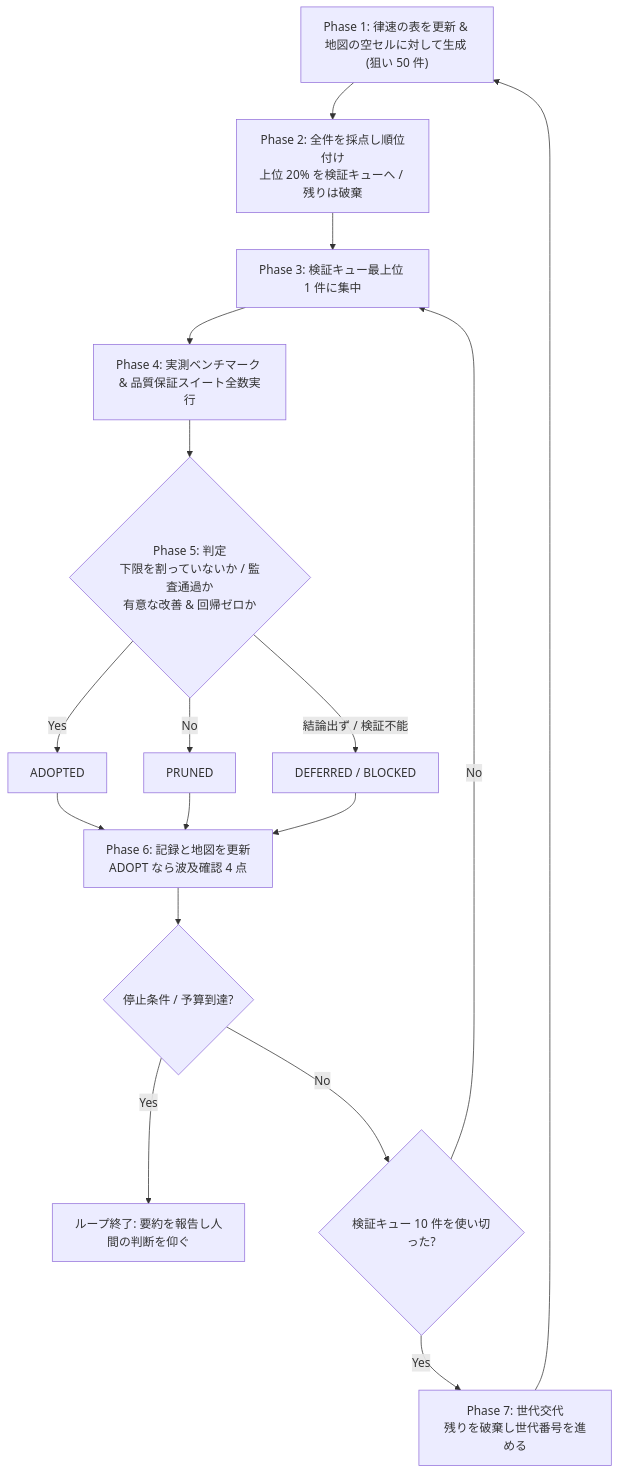
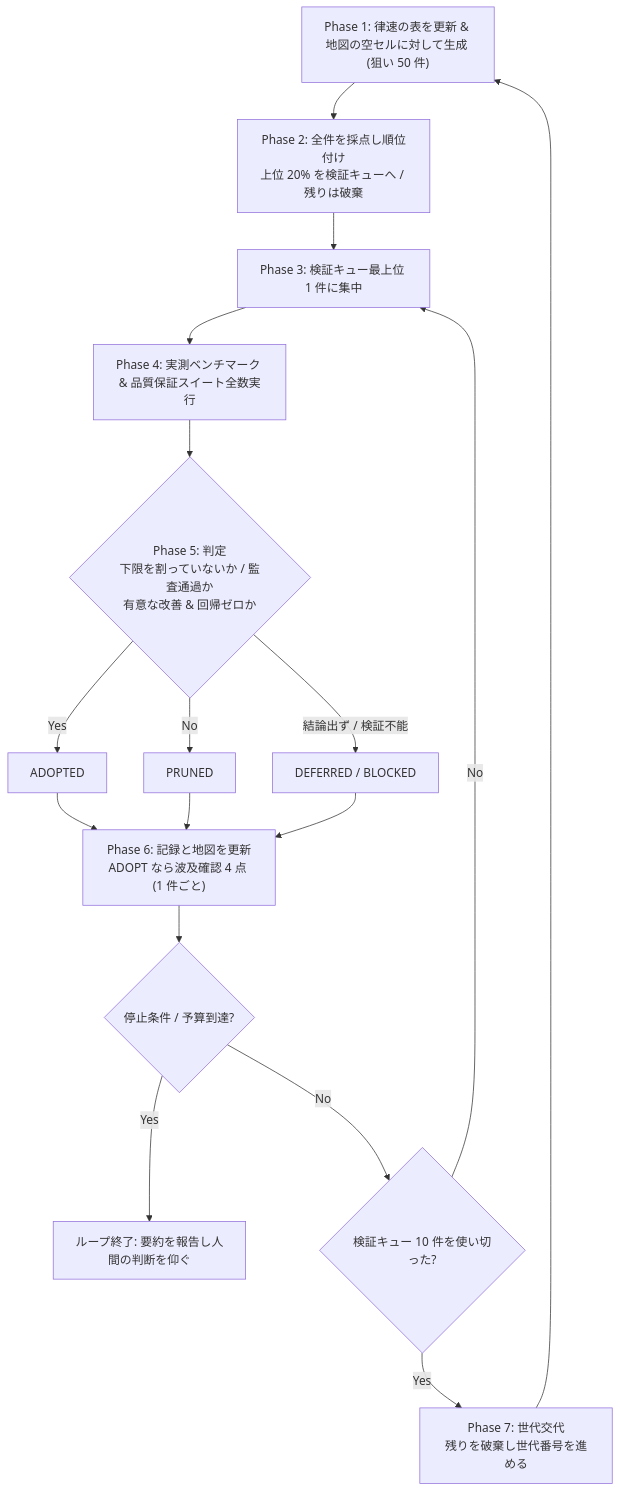
One commit to shutsuruwork-afk/sister-problem changed the diagram in .agents/skills/fail-fast-moonshot-loop/SKILL.md. Above: the diagram before and after it, drawn with Mermaid. The commit also changed other lines of this file, not shown here.

````diff
--- a/.agents/skills/fail-fast-moonshot-loop/SKILL.md
+++ b/.agents/skills/fail-fast-moonshot-loop/SKILL.md
@@ -429,19 +447,19 @@
 ```mermaid
 graph TD
     P1["Phase 1: 律速の表を更新 & 地図の空セルに対して生成 (狙い 50 件)"] --> P2["Phase 2: 全件を採点し順位付け<br/>上位 20% を検証キューへ / 残りは破棄"]
     P2 --> P3["Phase 3: 検証キュー最上位 1 件に集中"]
     P3 --> P4["Phase 4: 実測ベンチマーク & 品質保証スイート全数実行"]
     P4 --> P5{"Phase 5: 判定<br/>下限を割っていないか / 監査通過か<br/>有意な改善 & 回帰ゼロか"}
     P5 -- "Yes" --> V1["ADOPTED"]
     P5 -- "No" --> V2["PRUNED"]
     P5 -- "結論出ず / 検証不能" --> V3["DEFERRED / BLOCKED"]
-    V1 --> P6["Phase 6: 記録と地図を更新<br/>ADOPT なら波及確認 4 点"]
+    V1 --> P6["Phase 6: 記録と地図を更新<br/>ADOPT なら波及確認 4 点 (1 件ごと)"]
     V2 --> P6
     V3 --> P6
     P6 --> S{"停止条件 / 予算到達?"}
     S -- "Yes" --> E["ループ終了: 要約を報告し人間の判断を仰ぐ"]
     S -- "No" --> R{"検証キュー 10 件を使い切った?"}
     R -- "Yes" --> P7["Phase 7: 世代交代<br/>残りを破棄し世代番号を進める"]
     P7 --> P1
     R -- "No" --> P3
 ```
````
